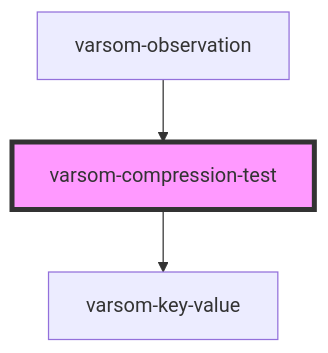
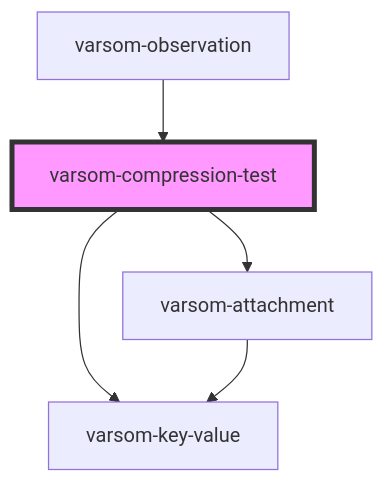
The diagram in observasjonskort/src/components/varsom-compression-test/readme.md (NVE/varsom-observation), drawn with Mermaid before and after one commit. The commit also changed other lines of this file and 34 other files, not shown here.

````diff
--- a/observasjonskort/src/components/varsom-compression-test/readme.md
+++ b/observasjonskort/src/components/varsom-compression-test/readme.md
@@ -42,6 +44,8 @@
 ```mermaid
 graph TD;
   varsom-compression-test --> varsom-key-value
+  varsom-compression-test --> varsom-attachment
+  varsom-attachment --> varsom-key-value
   varsom-observation --> varsom-compression-test
   style varsom-compression-test fill:#f9f,stroke:#333,stroke-width:4px
 ```
````
